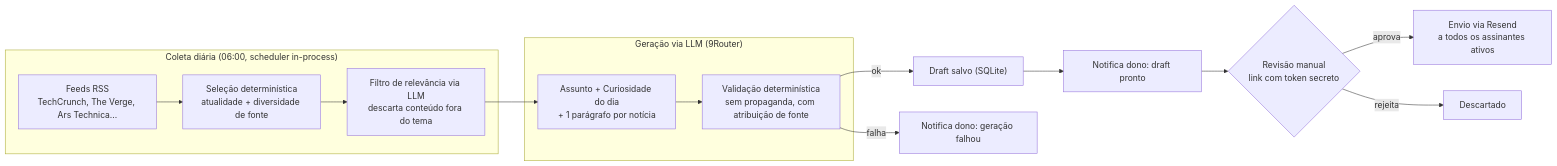
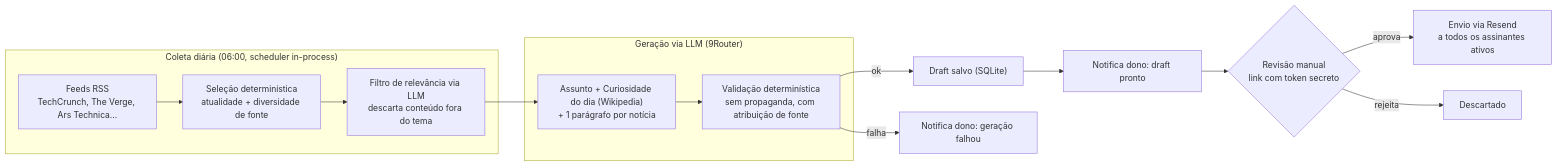
Before and after one commit to goptun/newsletter-website: the first of 2 diagrams in README.md, drawn with Mermaid. The commit also changed other lines of this file and 7 other files, not shown here.

````diff
--- a/README.md
+++ b/README.md
@@ -9,19 +9,19 @@
 ```mermaid
 flowchart LR
     subgraph Coleta["Coleta diária (06:00, scheduler in-process)"]
         A["Feeds RSS<br/>TechCrunch, The Verge, Ars Technica..."] --> B["Seleção determinística<br/>atualidade + diversidade de fonte"]
         B --> C["Filtro de relevância via LLM<br/>descarta conteúdo fora do tema"]
     end
 
     subgraph Geracao["Geração via LLM (9Router)"]
-        C --> D["Assunto + Curiosidade do dia<br/>+ 1 parágrafo por notícia"]
+        C --> D["Assunto + Curiosidade do dia (Wikipedia)<br/>+ 1 parágrafo por notícia"]
         D --> E["Validação determinística<br/>sem propaganda, com atribuição de fonte"]
     end
 
     E -- "ok" --> F["Draft salvo (SQLite)"]
     E -- "falha" --> G["Notifica dono: geração falhou"]
     F --> H["Notifica dono: draft pronto"]
     H --> I{"Revisão manual<br/>link com token secreto"}
     I -- "aprova" --> J["Envio via Resend<br/>a todos os assinantes ativos"]
     I -- "rejeita" --> K["Descartado"]
 ```
````
